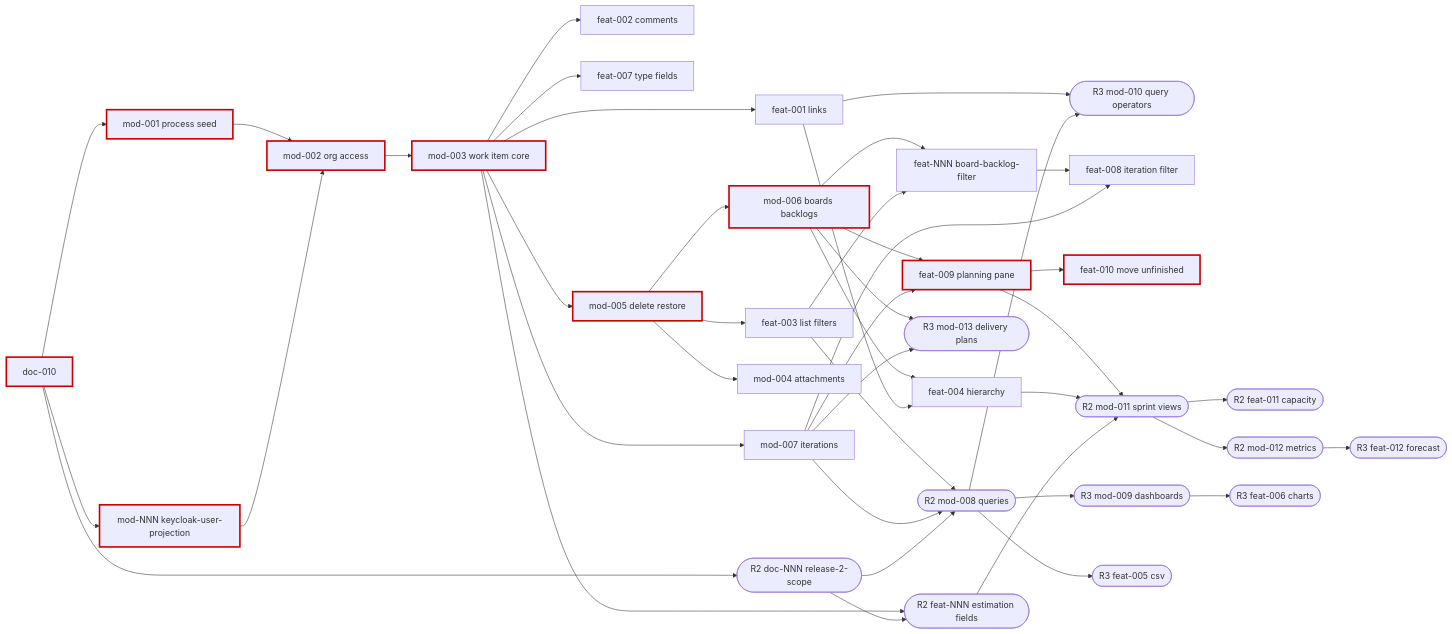
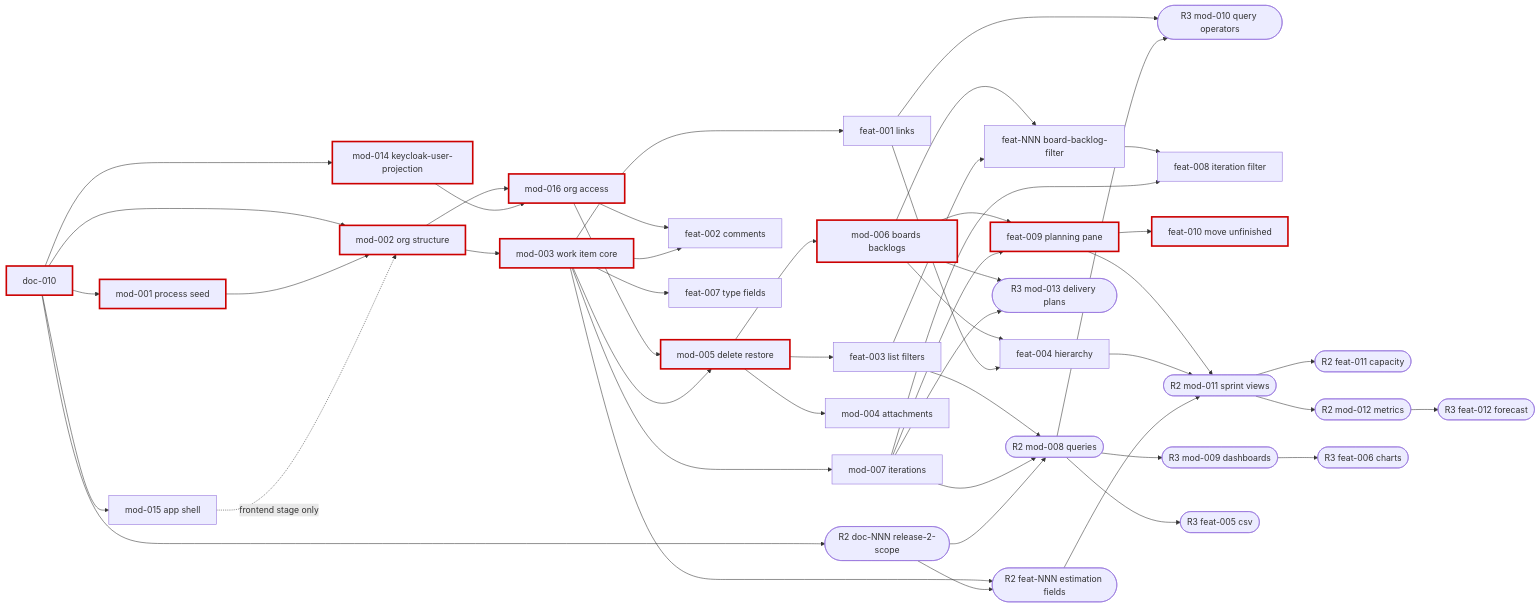
Before and after one commit to totKtoXam/mustask: the second of 2 diagrams in docs/features/doc-010-backlog-normalization-product-plan/spec.md, drawn with Mermaid. The commit also changed other lines of this file and 6 other files, not shown here.

````diff
--- a/docs/features/doc-010-backlog-normalization-product-plan/spec.md
+++ b/docs/features/doc-010-backlog-normalization-product-plan/spec.md
@@ -180,21 +183,26 @@
 ```mermaid
 flowchart LR
-    d010[doc-010] --> m001[mod-001 process seed] & kup[mod-NNN keycloak-user-projection] & r2s([R2 doc-NNN release-2-scope])
-    m001 & kup --> m002[mod-002 org access] --> m003[mod-003 work item core]
+    d010[doc-010] --> m001[mod-001 process seed] & kup[mod-014 keycloak-user-projection] & r2s([R2 doc-NNN release-2-scope]) & m015[mod-015 app shell]
+    d010 --> m002[mod-002 org structure]
+    m001 --> m002
+    m015 -.->|frontend stage only| m002
+    m002 --> m003[mod-003 work item core] & m016[mod-016 org access]
+    kup --> m016
+    m016 --> m005 & f002
     m003 --> f001[feat-001 links] & f002[feat-002 comments] & f007[feat-007 type fields] & m005[mod-005 delete restore] & m007[mod-007 iterations] & est([R2 feat-NNN estimation fields])
     m005 --> m004[mod-004 attachments] & f003[feat-003 list filters] & m006[mod-006 boards backlogs]
     m006 --> f004[feat-004 hierarchy] & bbf[feat-NNN board-backlog-filter] & f009[feat-009 planning pane] & m013([R3 mod-013 delivery plans])
     f001 --> f004 & m010([R3 mod-010 query operators])
     f003 --> bbf & m008([R2 mod-008 queries])
     bbf --> f008[feat-008 iteration filter]
     m007 --> f008 & f009 & m008 & m013
     f009 --> f010[feat-010 move unfinished] & m011([R2 mod-011 sprint views])
     f004 & est --> m011
     r2s --> est & m008
     m011 --> f011([R2 feat-011 capacity]) & m012([R2 mod-012 metrics])
     m012 --> f012([R3 feat-012 forecast])
     m008 --> m009([R3 mod-009 dashboards]) & f005([R3 feat-005 csv]) & m010
     m009 --> f006([R3 feat-006 charts])
     classDef crit stroke:#c00,stroke-width:3px
-    class d010,kup,m001,m002,m003,m005,m006,f009,f010 crit
+    class d010,kup,m001,m002,m003,m016,m005,m006,f009,f010 crit
 ```
````
